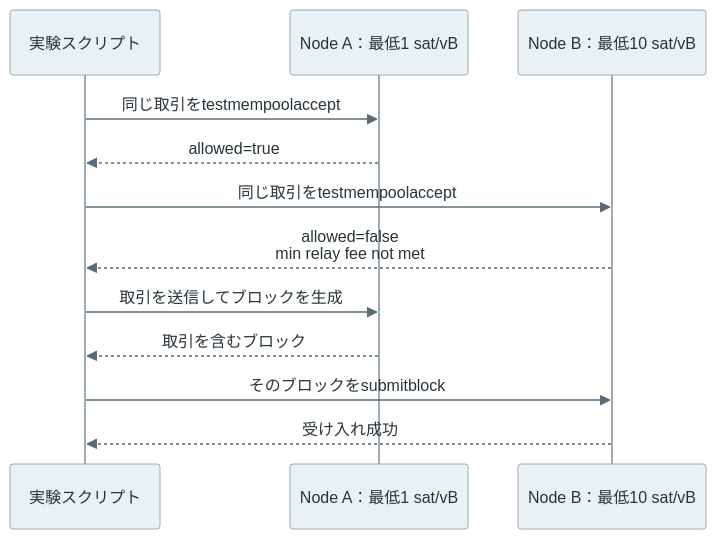
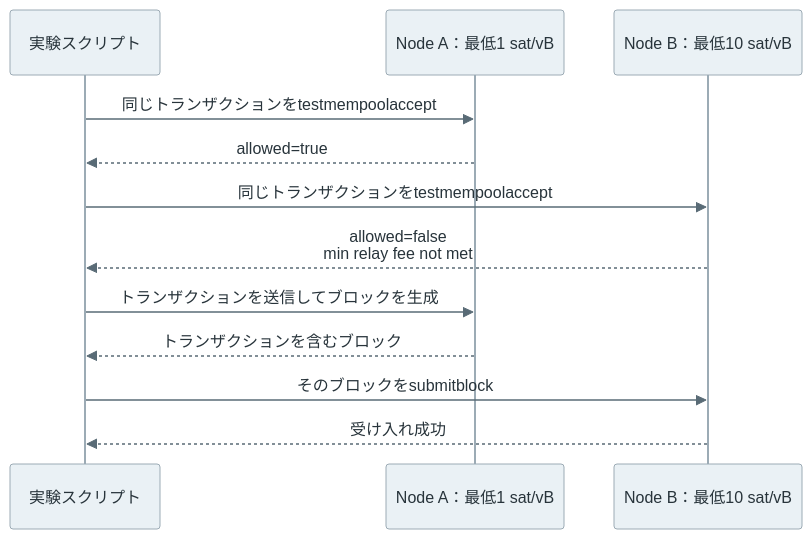
The second of 3 diagrams in content/notes/blockchain-systems/mempool/index.md (nao1215/debimate), drawn with Mermaid before and after one commit. The commit also changed other lines of this file and 12 other files, not shown here.

````diff
--- a/content/notes/blockchain-systems/mempool/index.md
+++ b/content/notes/blockchain-systems/mempool/index.md
@@ -100,15 +100,15 @@
 ```mermaid
 %%{init: {"theme":"base","themeVariables":{"primaryColor":"#eaf1f5","primaryTextColor":"#28343b","primaryBorderColor":"#9cabb5","lineColor":"#596b76","textColor":"#28343b","actorBkg":"#eaf1f5","actorBorder":"#9cabb5","actorTextColor":"#28343b","actorLineColor":"#9cabb5","signalColor":"#596b76","signalTextColor":"#28343b","noteBkgColor":"#f7f1e5","noteBorderColor":"#c5b99b","noteTextColor":"#403c32","activationBkgColor":"#edf3ef","activationBorderColor":"#9aafa1"}}}%%
 sequenceDiagram
     participant R as 実験スクリプト
     participant A as Node A：最低1 sat/vB
     participant B as Node B：最低10 sat/vB
-    R->>A: 同じ取引をtestmempoolaccept
+    R->>A: 同じトランザクションをtestmempoolaccept
     A-->>R: allowed=true
-    R->>B: 同じ取引をtestmempoolaccept
+    R->>B: 同じトランザクションをtestmempoolaccept
     B-->>R: allowed=false<br/>min relay fee not met
-    R->>A: 取引を送信してブロックを生成
-    A-->>R: 取引を含むブロック
+    R->>A: トランザクションを送信してブロックを生成
+    A-->>R: トランザクションを含むブロック
     R->>B: そのブロックをsubmitblock
     B-->>R: 受け入れ成功
 ```
````
